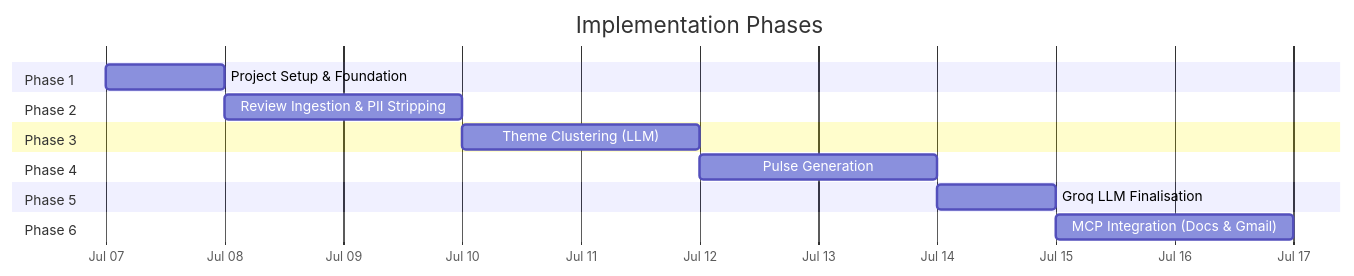
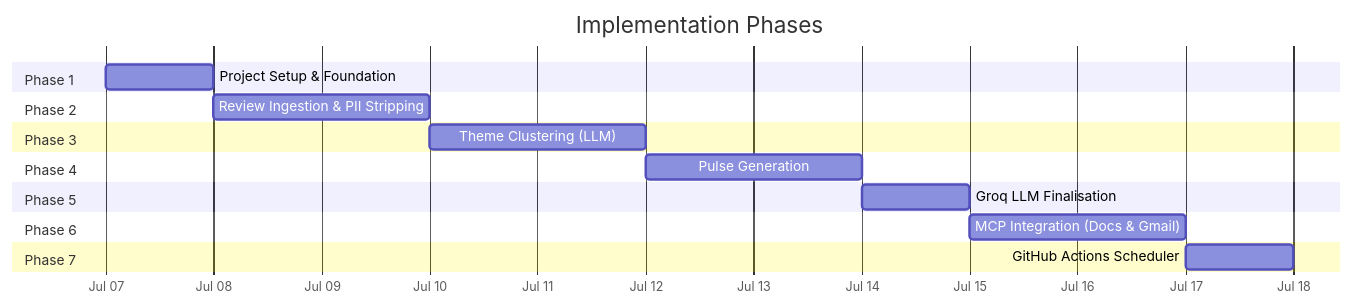
Before and after one commit to rparvathysuresh/ai-agent-milestone: the first of 3 diagrams in docs/implementation-plan.md, drawn with Mermaid. The commit also changed other lines of this file and 2 other files, not shown here.

Commit message:
docs: add github actions scheduler component and update cron to 10:30 AM IST

````diff
--- a/docs/implementation-plan.md
+++ b/docs/implementation-plan.md
@@ -11,24 +11,27 @@
 ```mermaid
 gantt
     title Implementation Phases
     dateFormat  YYYY-MM-DD
     axisFormat  %b %d
 
     section Phase 1
     Project Setup & Foundation       :p1, 2026-07-07, 1d
 
     section Phase 2
     Review Ingestion & PII Stripping :p2, after p1, 2d
 
     section Phase 3
     Theme Clustering (LLM)           :p3, after p2, 2d
 
     section Phase 4
     Pulse Generation                 :p4, after p3, 2d
 
     section Phase 5
     Groq LLM Finalisation            :p5, after p4, 1d
 
     section Phase 6
     MCP Integration (Docs & Gmail)   :p6, after p5, 2d
+
+    section Phase 7
+    GitHub Actions Scheduler         :p7, after p6, 1d
 ```
````
